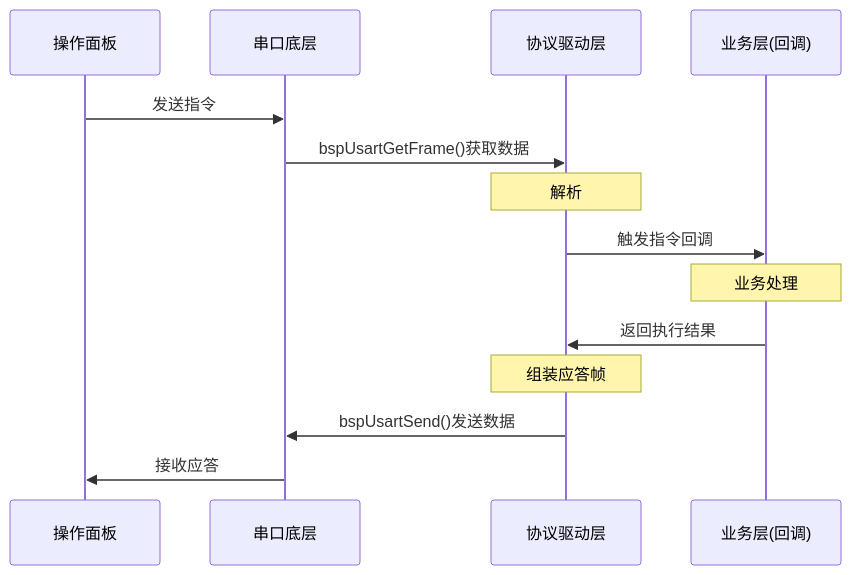
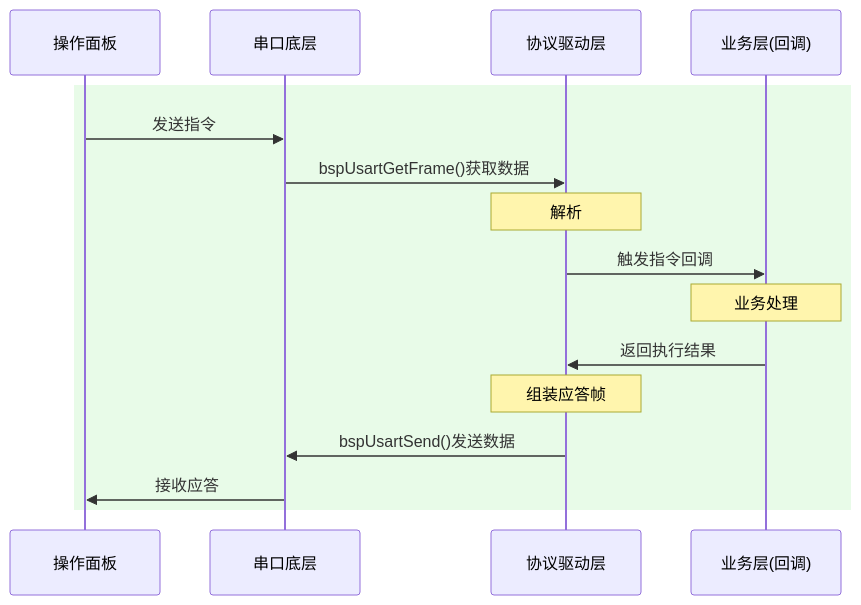
One commit to Siaiai/ObsidianNote changed the diagram in 工作/项目/代码/260401S3分拣面板.md. Above: the diagram before and after it, drawn with Mermaid. The commit also changed other lines of this file and 3 other files, not shown here.

````diff
--- a/工作/项目/代码/260401S3分拣面板.md
+++ b/工作/项目/代码/260401S3分拣面板.md
@@ -20,16 +27,18 @@
 ```mermaid
 sequenceDiagram
     participant 面板 as 操作面板
     participant BSP as 串口底层
     participant 驱动 as 协议驱动层
     participant 业务 as 业务层(回调)
-    面板 ->> BSP: 发送指令
-    BSP ->> 驱动: bspUsartGetFrame()获取数据
-    note over 驱动: 解析
-    驱动 ->> 业务: 触发指令回调
-    note over 业务: 业务处理
-    业务 ->> 驱动: 返回执行结果
-    note over 驱动: 组装应答帧
-    驱动 ->> BSP: bspUsartSend()发送数据
-    BSP ->> 面板: 接收应答
+    rect rgba(180, 240, 180, 0.3) # 外层绿色区块
+	面板 ->> BSP: 发送指令
+	BSP ->> 驱动: bspUsartGetFrame()获取数据
+	note over 驱动: 解析
+	驱动 ->> 业务: 触发指令回调
+	note over 业务: 业务处理
+	业务 ->> 驱动: 返回执行结果
+	note over 驱动: 组装应答帧
+	驱动 ->> BSP: bspUsartSend()发送数据
+	BSP ->> 面板: 接收应答
+	 end
 ```
````
